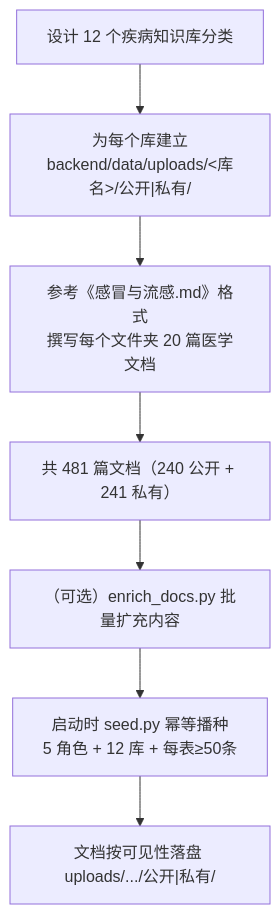
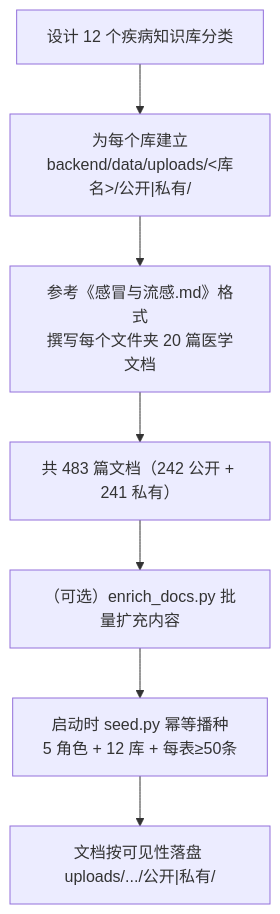
One commit to SFANBLOG/medical-assistant-master changed the fifth of 14 diagrams in 面试准备/项目完整架构与流程图.md. Above: the diagram before and after it, drawn with Mermaid. The commit also changed other lines of this file and 5 other files, not shown here.

````diff
--- a/面试准备/项目完整架构与流程图.md
+++ b/面试准备/项目完整架构与流程图.md
@@ -155,9 +155,9 @@
 ```mermaid
 flowchart TD
     A["设计 12 个疾病知识库分类"] --> B["为每个库建立<br/>backend/data/uploads/<库名>/公开|私有/"]
     B --> C["参考《感冒与流感.md》格式<br/>撰写每个文件夹 20 篇医学文档"]
-    C --> D["共 481 篇文档（240 公开 + 241 私有）"]
+    C --> D["共 483 篇文档（242 公开 + 241 私有）"]
     D --> E["（可选）enrich_docs.py 批量扩充内容"]
     E --> F["启动时 seed.py 幂等播种<br/>5 角色 + 12 库 + 每表≥50条"]
     F --> G["文档按可见性落盘 uploads/.../公开|私有/"]
 ```
````
